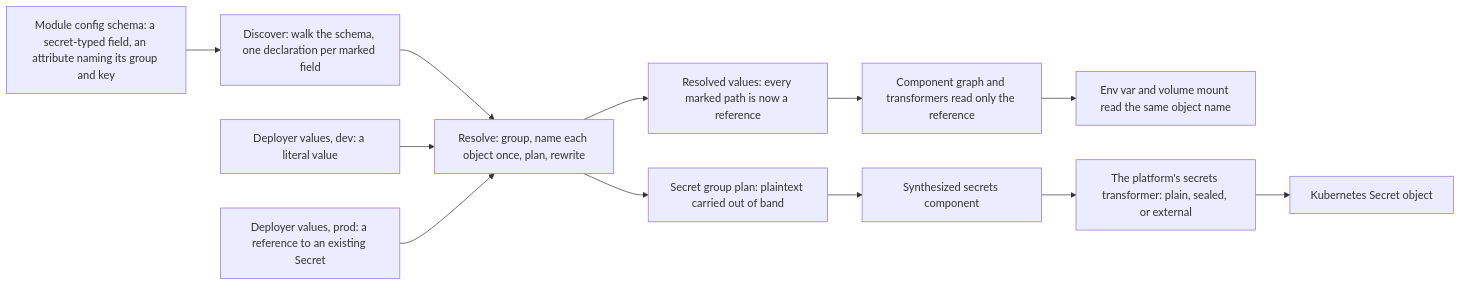
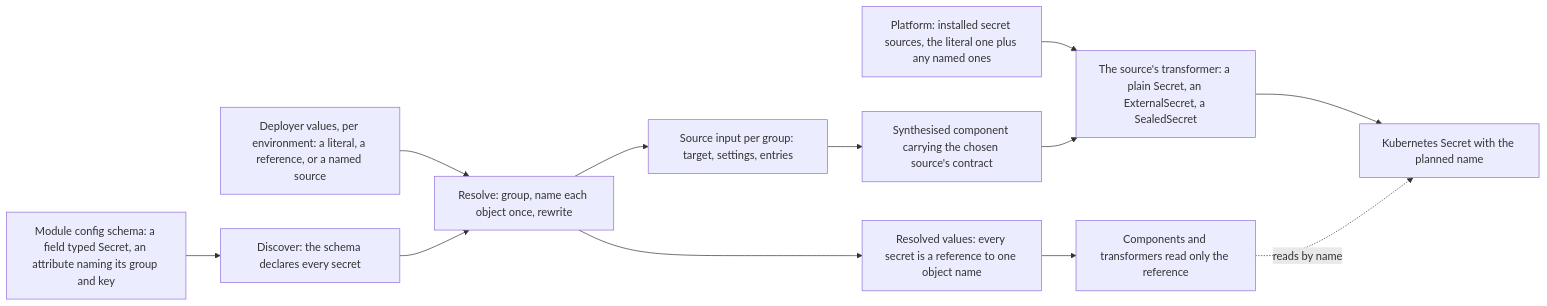
One commit to open-platform-model/enhancements changed the diagram in 0013/README.md. Above: the diagram before and after it, drawn with Mermaid. The commit also changed other lines of this file and 1 other file, not shown here.

First line of the commit message:
docs(0013): bring the README up to the secret-source design

````diff
--- a/0013/README.md
+++ b/0013/README.md
@@ -36,14 +35,14 @@
 ```mermaid
 flowchart LR
-    schema["Module config schema: a secret-typed field, an attribute naming its group and key"] --> discover
-    discover["Discover: walk the schema, one declaration per marked field"] --> resolve
-    dev["Deployer values, dev: a literal value"] --> resolve
-    prod["Deployer values, prod: a reference to an existing Secret"] --> resolve
-    resolve["Resolve: group, name each object once, plan, rewrite"] --> values["Resolved values: every marked path is now a reference"]
-    resolve --> plan["Secret group plan: plaintext carried out of band"]
-    values --> cgraph["Component graph and transformers read only the reference"]
-    cgraph --> readers["Env var and volume mount read the same object name"]
-    plan --> synth["Synthesized secrets component"]
-    synth --> backend["The platform's secrets transformer: plain, sealed, or external"]
-    backend --> secret["Kubernetes Secret object"]
+    schema["Module config schema: a field typed Secret, an attribute naming its group and key"] --> disc
+    vals["Deployer values, per environment: a literal, a reference, or a named source"] --> res
+    disc["Discover: the schema declares every secret"] --> res
+    res["Resolve: group, name each object once, rewrite"] --> refs["Resolved values: every secret is a reference to one object name"]
+    refs --> comps["Components and transformers read only the reference"]
+    res --> input["Source input per group: target, settings, entries"]
+    input --> synth["Synthesised component carrying the chosen source's contract"]
+    plat["Platform: installed secret sources, the literal one plus any named ones"] --> tfm
+    synth --> tfm["The source's transformer: a plain Secret, an ExternalSecret, a SealedSecret"]
+    tfm --> k8s["Kubernetes Secret with the planned name"]
+    comps -.->|reads by name| k8s
 ```
````
